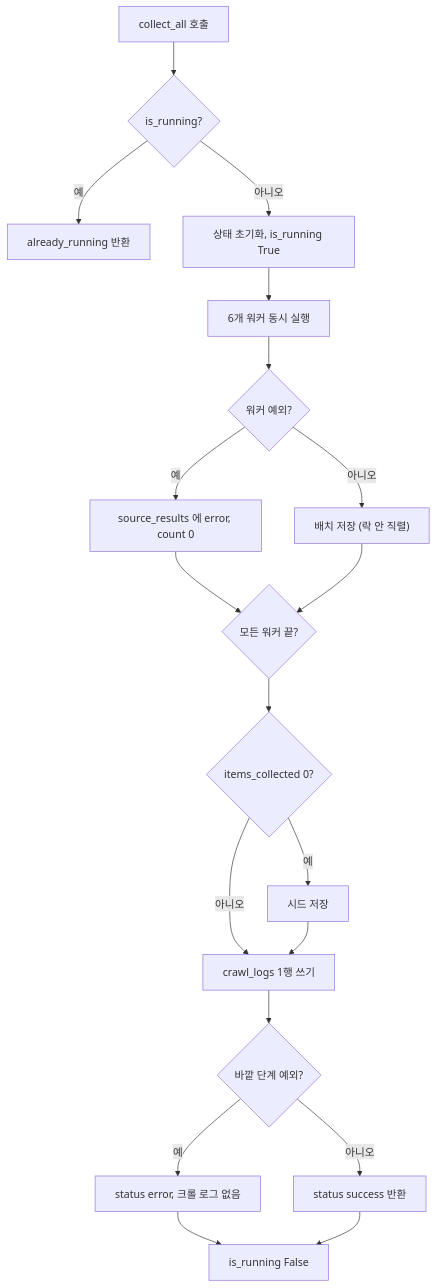
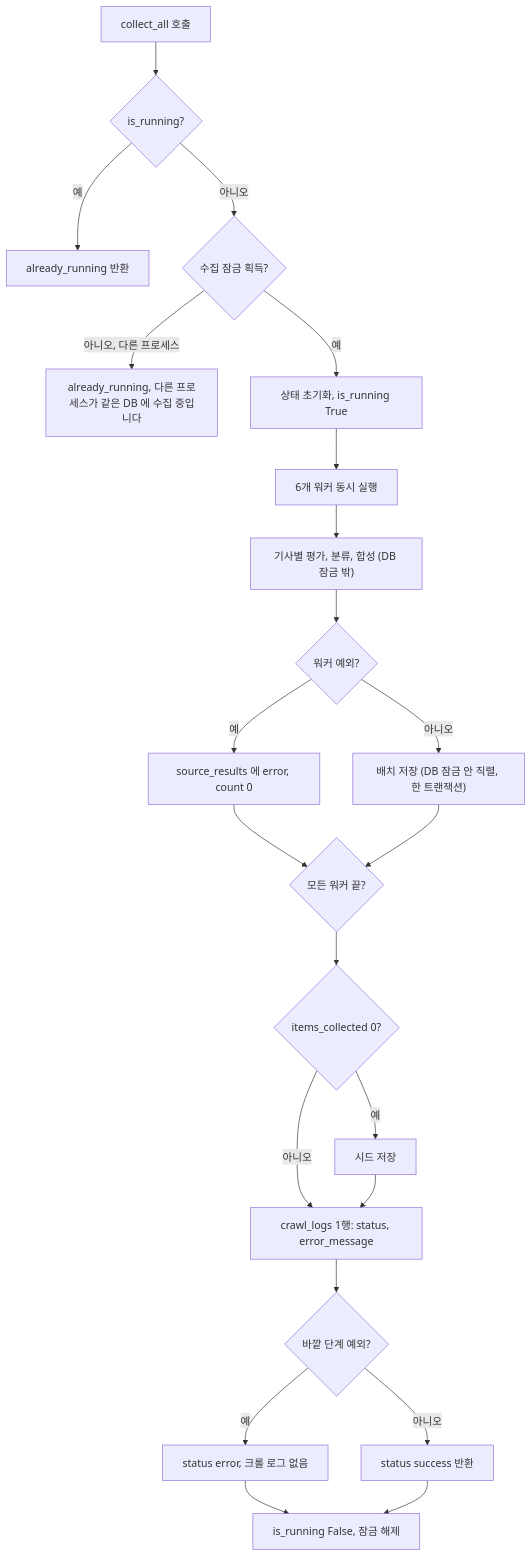
One commit to ozplayground/agent-lens changed the second of 26 diagrams in docs/spec-writer/fsd/03_COLLECTION_SPECIFICATION.md. Above: the diagram before and after it, drawn with Mermaid. The commit also changed other lines of this file and 216 other files, not shown here.

````diff
--- a/docs/spec-writer/fsd/03_COLLECTION_SPECIFICATION.md
+++ b/docs/spec-writer/fsd/03_COLLECTION_SPECIFICATION.md
@@ -111,21 +114,24 @@
 ```mermaid
 flowchart TD
     A["collect_all 호출"] --> B{"is_running?"}
     B -->|예| C["already_running 반환"]
-    B -->|아니오| D["상태 초기화, is_running True"]
+    B -->|아니오| B2{"수집 잠금 획득?"}
+    B2 -->|아니오, 다른 프로세스| C2["already_running, 다른 프로세스가 같은 DB 에 수집 중입니다"]
+    B2 -->|예| D["상태 초기화, is_running True"]
     D --> E["6개 워커 동시 실행"]
-    E --> F{"워커 예외?"}
+    E --> E2["기사별 평가, 분류, 합성 (DB 잠금 밖)"]
+    E2 --> F{"워커 예외?"}
     F -->|예| G["source_results 에 error, count 0"]
-    F -->|아니오| H["배치 저장 (락 안 직렬)"]
+    F -->|아니오| H["배치 저장 (DB 잠금 안 직렬, 한 트랜잭션)"]
     G --> I{"모든 워커 끝?"}
     H --> I
     I --> J{"items_collected 0?"}
     J -->|예| K["시드 저장"]
-    J -->|아니오| L["crawl_logs 1행 쓰기"]
+    J -->|아니오| L["crawl_logs 1행: status, error_message"]
     K --> L
     L --> M{"바깥 단계 예외?"}
     M -->|예| N["status error, 크롤 로그 없음"]
     M -->|아니오| O["status success 반환"]
-    N --> P["is_running False"]
+    N --> P["is_running False, 잠금 해제"]
     O --> P
 ```
````
